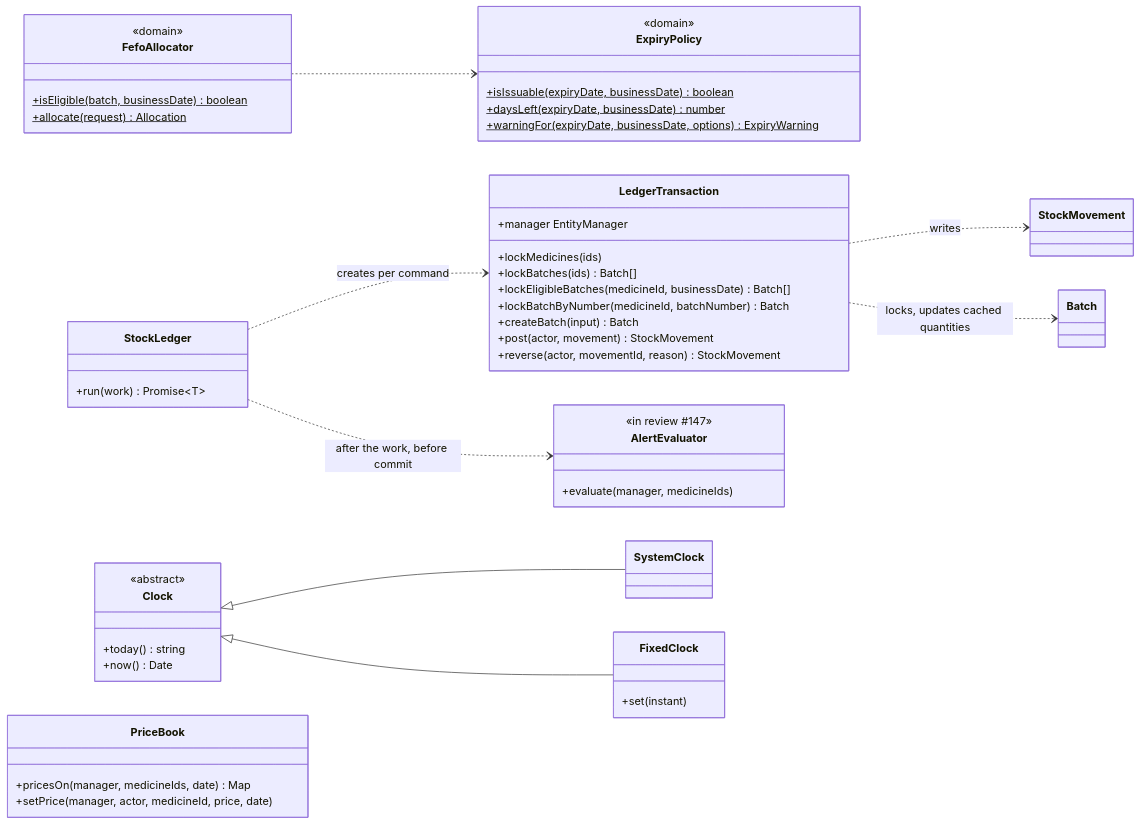
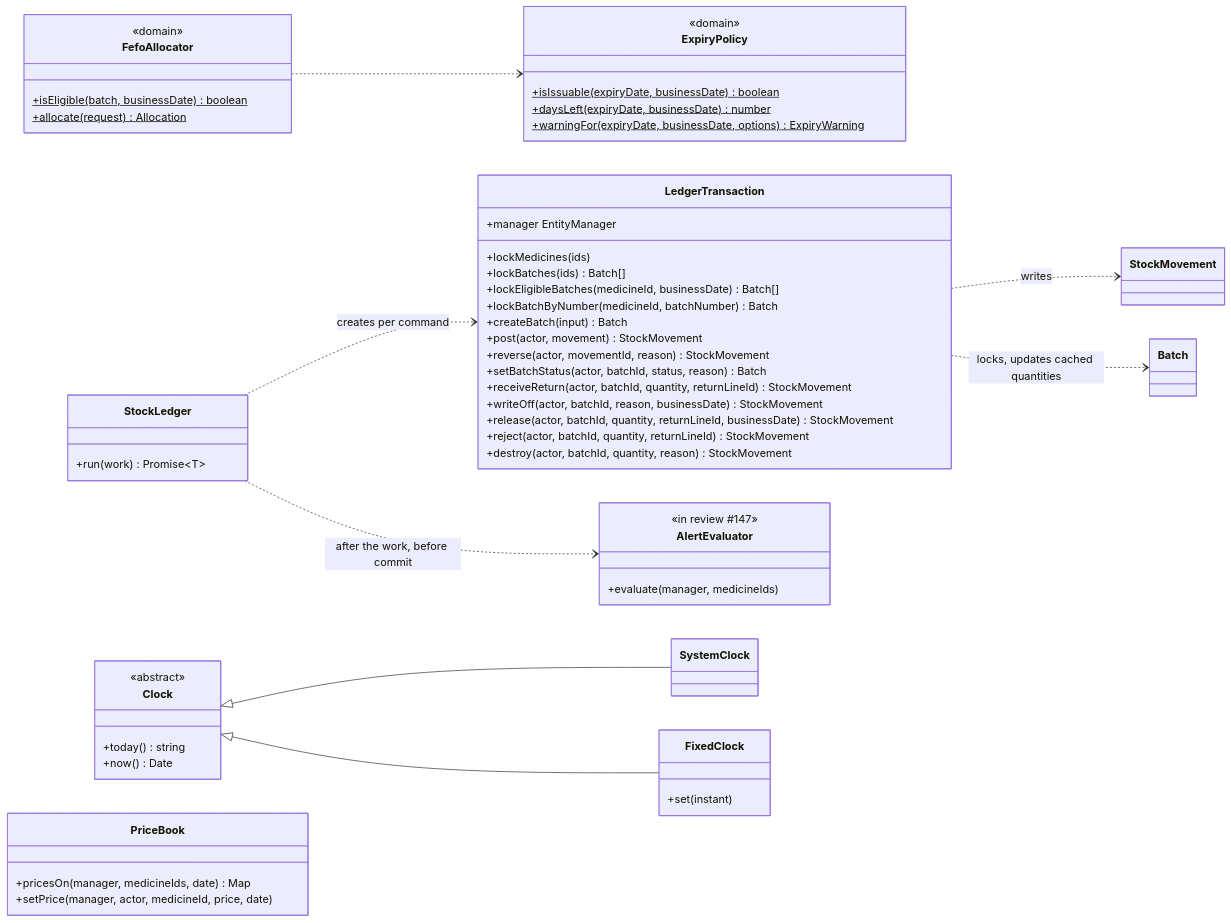
One commit to NeitLN/261_72ITSE41704_2474802010391_PharmacyStock changed the seventh of 10 diagrams in docs/diagrams/class-diagram.md. Above: the diagram before and after it, drawn with Mermaid. The commit also changed 4 other files, not shown here.

First line of the commit message:
Add batch status and quarantine commands to the stock ledger

````diff
--- a/docs/diagrams/class-diagram.md
+++ b/docs/diagrams/class-diagram.md
@@ -397,52 +397,58 @@
 ```mermaid
 classDiagram
     direction LR
     class StockLedger {
         +run(work) Promise~T~
     }
     class LedgerTransaction {
         +manager EntityManager
         +lockMedicines(ids)
         +lockBatches(ids) Batch[]
         +lockEligibleBatches(medicineId, businessDate) Batch[]
         +lockBatchByNumber(medicineId, batchNumber) Batch
         +createBatch(input) Batch
         +post(actor, movement) StockMovement
         +reverse(actor, movementId, reason) StockMovement
+        +setBatchStatus(actor, batchId, status, reason) Batch
+        +receiveReturn(actor, batchId, quantity, returnLineId) StockMovement
+        +writeOff(actor, batchId, reason, businessDate) StockMovement
+        +release(actor, batchId, quantity, returnLineId, businessDate) StockMovement
+        +reject(actor, batchId, quantity, returnLineId) StockMovement
+        +destroy(actor, batchId, quantity, reason) StockMovement
     }
     class FefoAllocator {
         <<domain>>
         +isEligible(batch, businessDate)$ boolean
         +allocate(request)$ Allocation
     }
     class ExpiryPolicy {
         <<domain>>
         +isIssuable(expiryDate, businessDate)$ boolean
         +daysLeft(expiryDate, businessDate)$ number
         +warningFor(expiryDate, businessDate, options)$ ExpiryWarning
     }
     class Clock {
         <<abstract>>
         +today() string
         +now() Date
     }
     class SystemClock
     class FixedClock {
         +set(instant)
     }
     class PriceBook {
         +pricesOn(manager, medicineIds, date) Map
         +setPrice(manager, actor, medicineId, price, date)
     }
     class AlertEvaluator {
         <<in review #147>>
         +evaluate(manager, medicineIds)
     }
     StockLedger ..> LedgerTransaction : creates per command
     StockLedger ..> AlertEvaluator : after the work, before commit
     LedgerTransaction ..> StockMovement : writes
     LedgerTransaction ..> Batch : locks, updates cached quantities
     Clock <|-- SystemClock
     Clock <|-- FixedClock
     FefoAllocator ..> ExpiryPolicy
 ```
````
